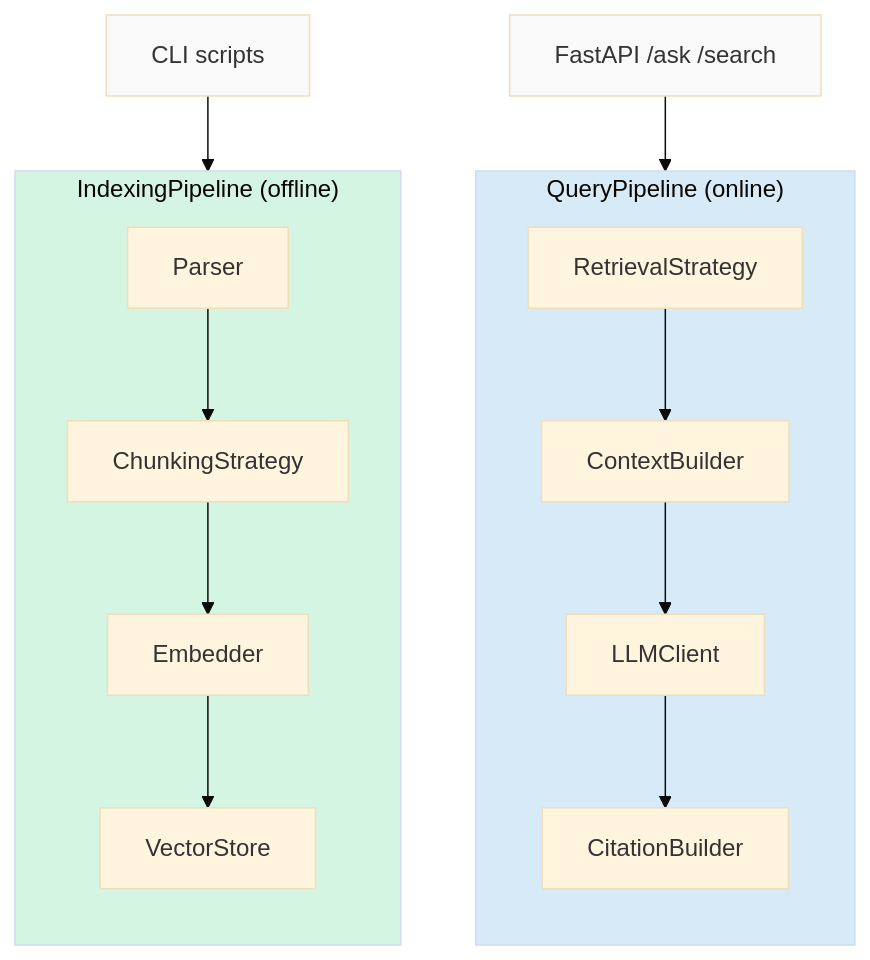
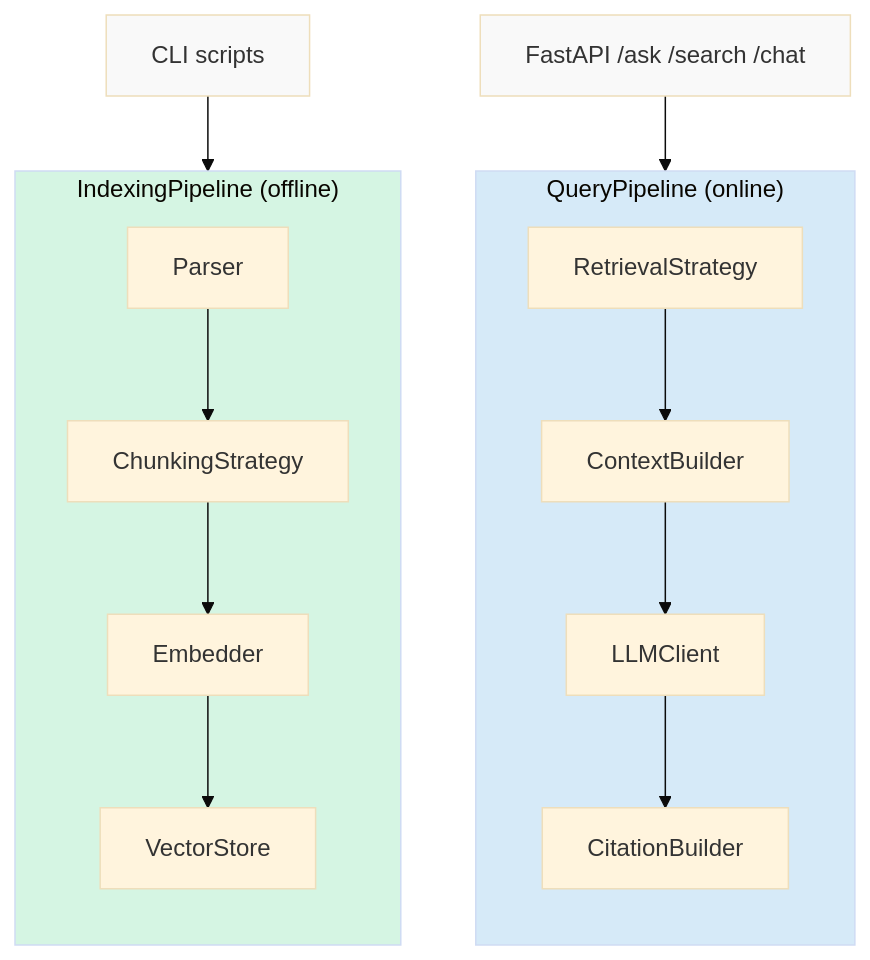
The first of 6 diagrams in system-design/architecture_contracts.md (biplovbhandari/earthrise-book-assistant), drawn with Mermaid (base theme) before and after one commit. The commit also changed other lines of this file and 2 other files, not shown here.

Commit message:
Update architecture docs and README for /chat endpoint and widget

````diff
--- a/system-design/architecture_contracts.md
+++ b/system-design/architecture_contracts.md
@@ -16,28 +16,28 @@
 ```mermaid
 graph TB
   subgraph IndexingPipeline["IndexingPipeline (offline)"]
     direction TB
     IP_Parse[Parser]
     IP_Chunk[ChunkingStrategy]
     IP_Embed[Embedder]
     IP_Store[VectorStore]
     IP_Parse --> IP_Chunk --> IP_Embed --> IP_Store
   end
 
   subgraph QueryPipeline["QueryPipeline (online)"]
     direction TB
     QP_RS[RetrievalStrategy]
     QP_CB[ContextBuilder]
     QP_LLM[LLMClient]
     QP_Cite[CitationBuilder]
     QP_RS --> QP_CB --> QP_LLM --> QP_Cite
   end
 
   CLI[CLI scripts] --> IndexingPipeline
-  API[FastAPI /ask /search] --> QueryPipeline
+  API[FastAPI /ask /search /chat] --> QueryPipeline
 
   style IndexingPipeline fill:#d5f5e3
   style QueryPipeline fill:#d6eaf8
   style CLI fill:#f9f9f9
   style API fill:#f9f9f9
 ```
````
